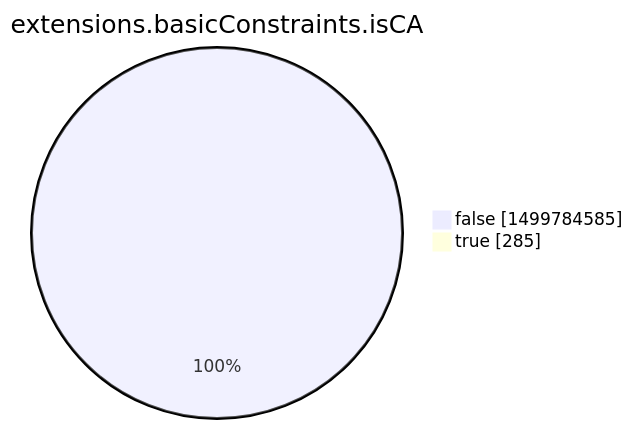
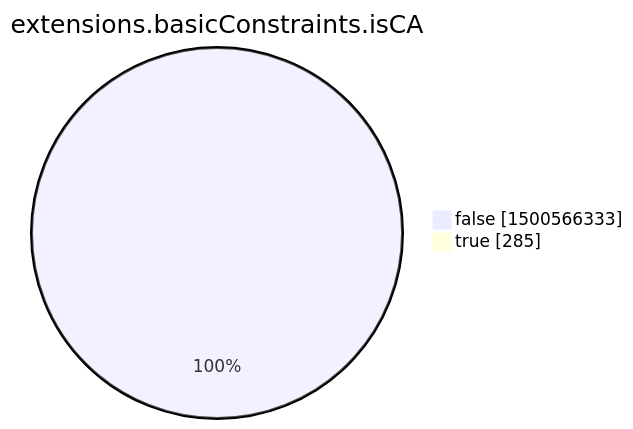
Before and after one commit to christiankrug/ctmonitor_visualization: the eighth of 15 diagrams in xenon2022/README.md, drawn with Mermaid. The commit also changed other lines of this file, not shown here.

````diff
--- a/xenon2022/README.md
+++ b/xenon2022/README.md
@@ -2853,6 +2853,6 @@
 ```mermaid
 pie showData
 title extensions.basicConstraints.isCA
-"false" :1499784585
+"false" :1500566333
 "true" :285
 ```
````
